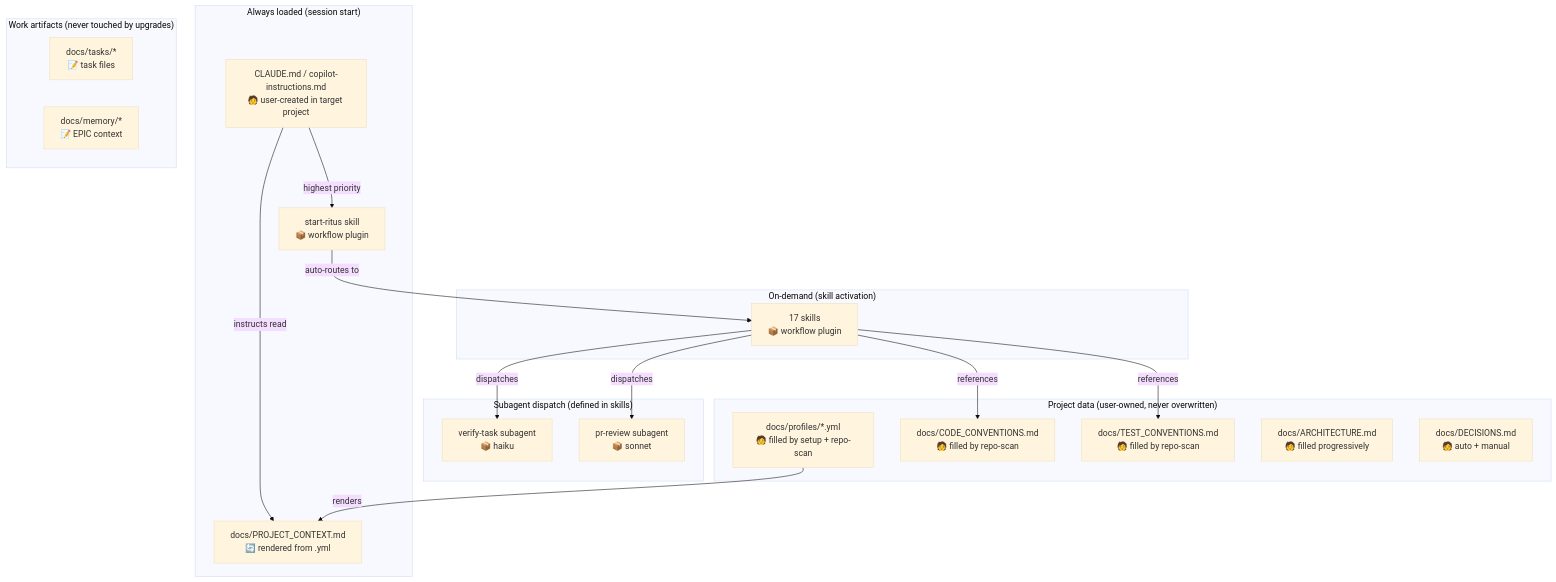
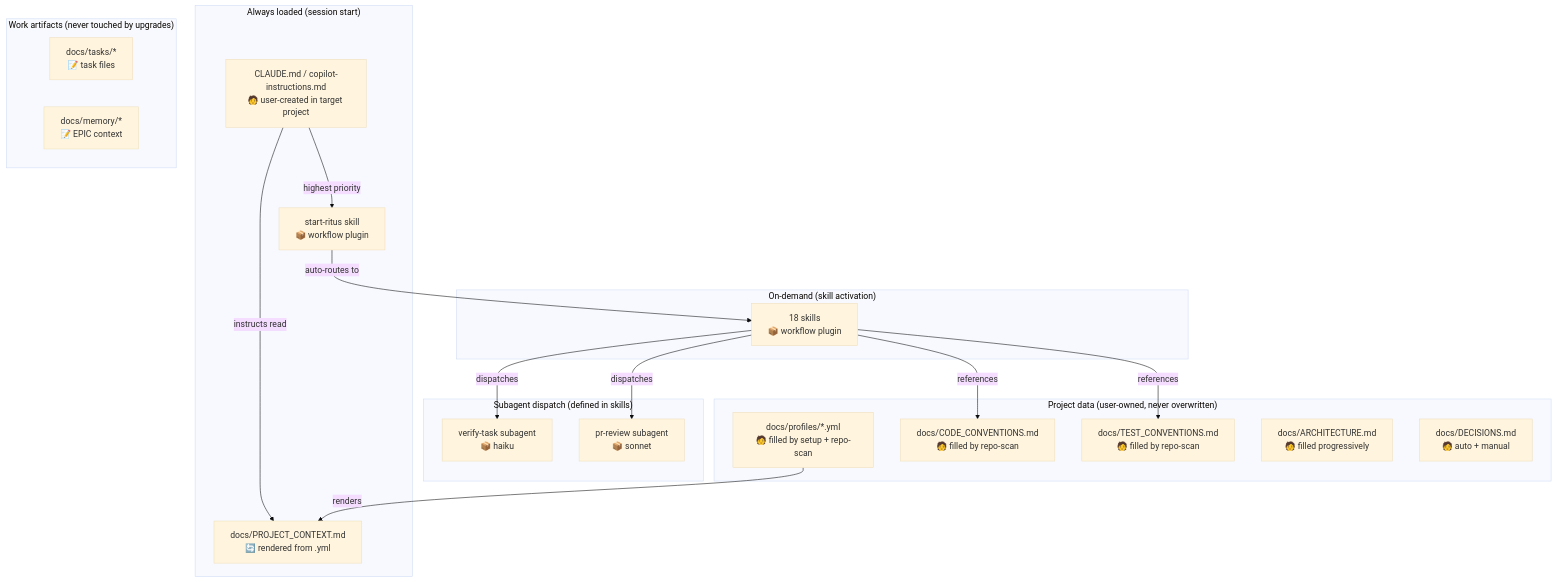
One commit to precise-alloy/ritus changed the seventh of 7 diagrams in docs/WORKFLOW_DIAGRAMS.md. Above: the diagram before and after it, drawn with Mermaid (base theme).

Commit message:
Potential fix for pull request finding

````diff
--- a/docs/WORKFLOW_DIAGRAMS.md
+++ b/docs/WORKFLOW_DIAGRAMS.md
@@ -222,39 +222,39 @@
 ```mermaid
 flowchart TD
     subgraph "Always loaded (session start)"
         CL["CLAUDE.md / copilot-instructions.md\n🧑 user-created in target project"]
         AG["start-ritus skill\n📦 workflow plugin"]
         PC["docs/PROJECT_CONTEXT.md\n🔄 rendered from .yml"]
     end
 
     subgraph "On-demand (skill activation)"
-        SK["17 skills\n📦 workflow plugin"]
+        SK["18 skills\n📦 workflow plugin"]
     end
 
     subgraph "Subagent dispatch (defined in skills)"
         VT["verify-task subagent\n📦 haiku"]
         CR["pr-review subagent\n📦 sonnet"]
     end
 
     subgraph "Project data (user-owned, never overwritten)"
         YML["docs/profiles/*.yml\n🧑 filled by setup + repo-scan"]
         COD["docs/CODE_CONVENTIONS.md\n🧑 filled by repo-scan"]
         TST["docs/TEST_CONVENTIONS.md\n🧑 filled by repo-scan"]
         ARCH["docs/ARCHITECTURE.md\n🧑 filled progressively"]
         DEC["docs/DECISIONS.md\n🧑 auto + manual"]
     end
 
     subgraph "Work artifacts (never touched by upgrades)"
         TASKS["docs/tasks/*\n📝 task files"]
         MEM["docs/memory/*\n📝 EPIC context"]
     end
 
     CL -->|"highest priority"| AG
     CL -->|"instructs read"| PC
     AG -->|"auto-routes to"| SK
     SK -->|"dispatches"| VT
     SK -->|"dispatches"| CR
     YML -->|"renders"| PC
     SK -->|"references"| COD
     SK -->|"references"| TST
 ```
````
